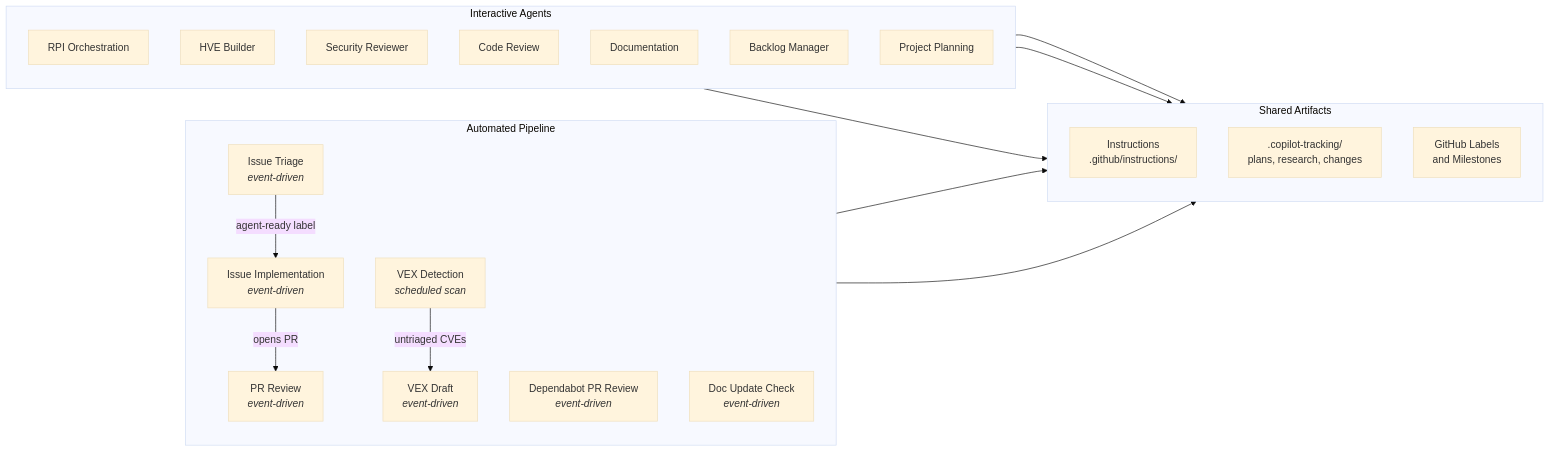
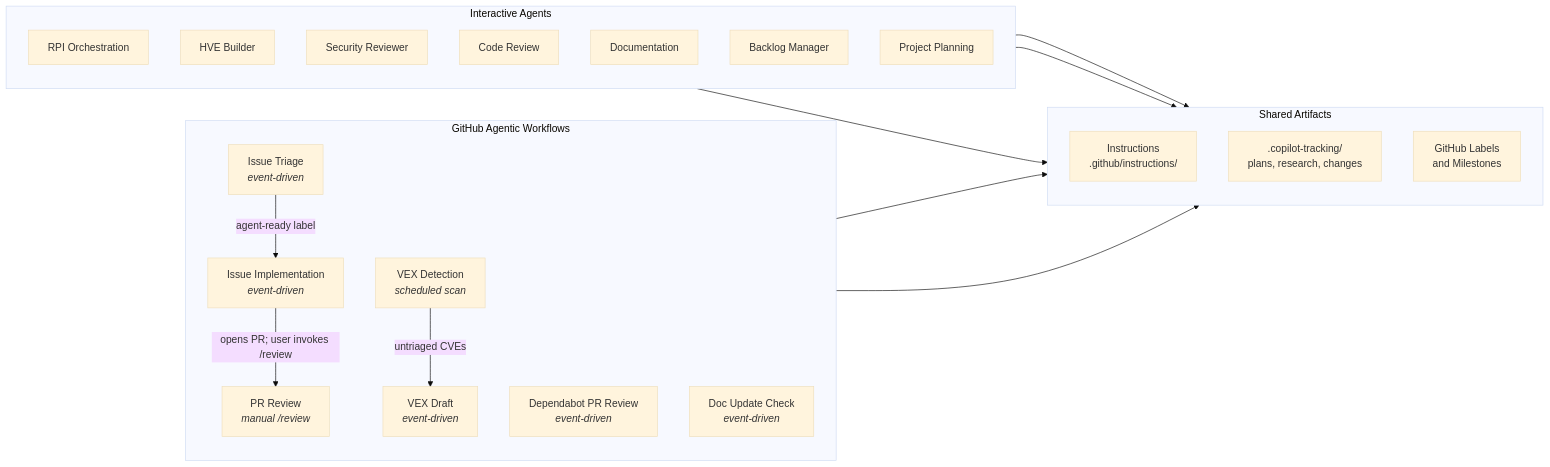
The third of 3 diagrams in docs/architecture/agentic-workflows.md (microsoft/hve-core), drawn with Mermaid (base theme) before and after one commit. The commit also changed other lines of this file, not shown here.

Commit message:
docs(architecture): clarify manual review flow
📝 - Generated by Copilot

Copilot-Session: cd770fd5-126c-407f-b990-397b33243f6f

````diff
--- a/docs/architecture/agentic-workflows.md
+++ b/docs/architecture/agentic-workflows.md
@@ -222,40 +224,40 @@
 ```mermaid
 flowchart LR
-    subgraph AUTOMATED["Automated Pipeline"]
+    subgraph AUTOMATED["GitHub Agentic Workflows"]
         direction TB
         TRIAGE["Issue Triage<br/><i>event-driven</i>"]
         IMPL["Issue Implementation<br/><i>event-driven</i>"]
-        REVIEW["PR Review<br/><i>event-driven</i>"]
+        REVIEW["PR Review<br/><i>manual /review</i>"]
         DEPEND["Dependabot PR Review<br/><i>event-driven</i>"]
         DOCS["Doc Update Check<br/><i>event-driven</i>"]
         VEX_DETECT["VEX Detection<br/><i>scheduled scan</i>"]
         VEX_DRAFT["VEX Draft<br/><i>event-driven</i>"]
         TRIAGE -- "agent-ready label" --> IMPL
-        IMPL -- "opens PR" --> REVIEW
+        IMPL -- "opens PR; user invokes /review" --> REVIEW
         VEX_DETECT -- "untriaged CVEs" --> VEX_DRAFT
     end
 
     subgraph INTERACTIVE["Interactive Agents"]
         direction TB
         RPI["RPI Orchestration"]
         HB["HVE Builder"]
         SR["Security Reviewer"]
         CR["Code Review"]
         DOC["Documentation"]
         BM["Backlog Manager"]
         PP["Project Planning"]
     end
 
     subgraph ARTIFACTS["Shared Artifacts"]
         direction TB
         INST["Instructions<br/>.github/instructions/"]
         TRACK[".copilot-tracking/<br/>plans, research, changes"]
         LABELS["GitHub Labels<br/>and Milestones"]
     end
 
     AUTOMATED --> INST
     INTERACTIVE --> INST
     RPI --> TRACK
     BM --> LABELS
     TRIAGE --> LABELS
 ```
````
